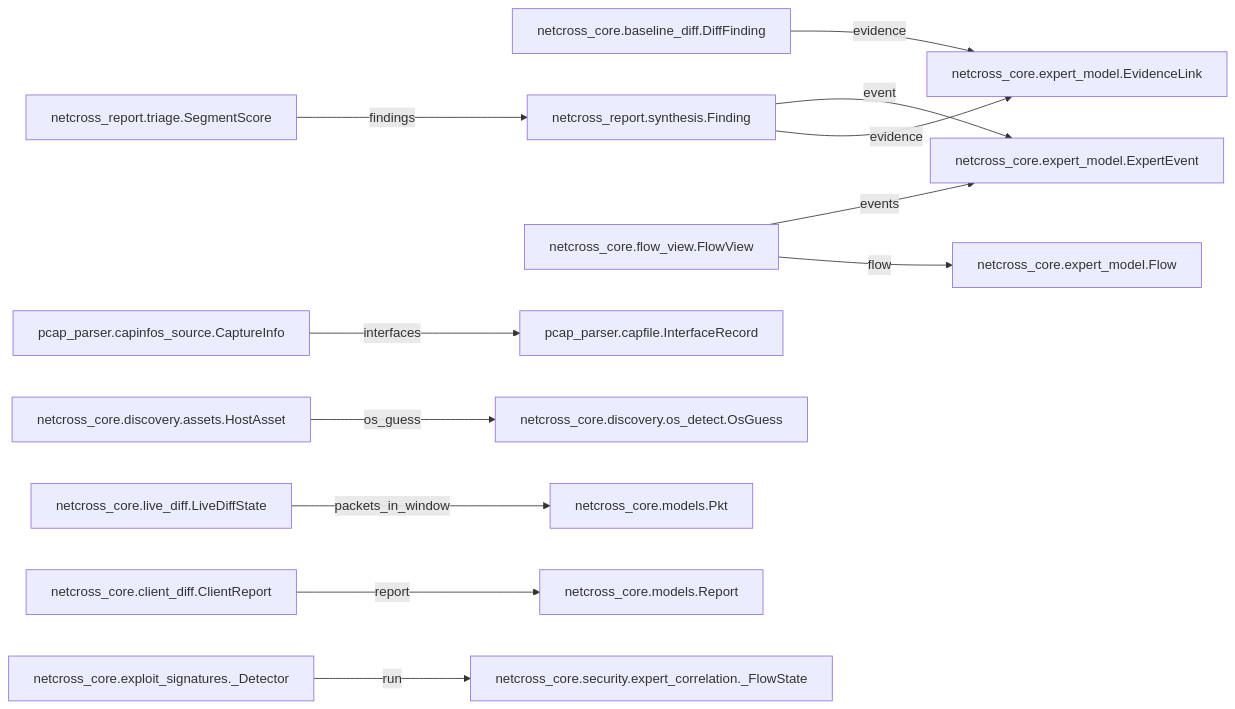
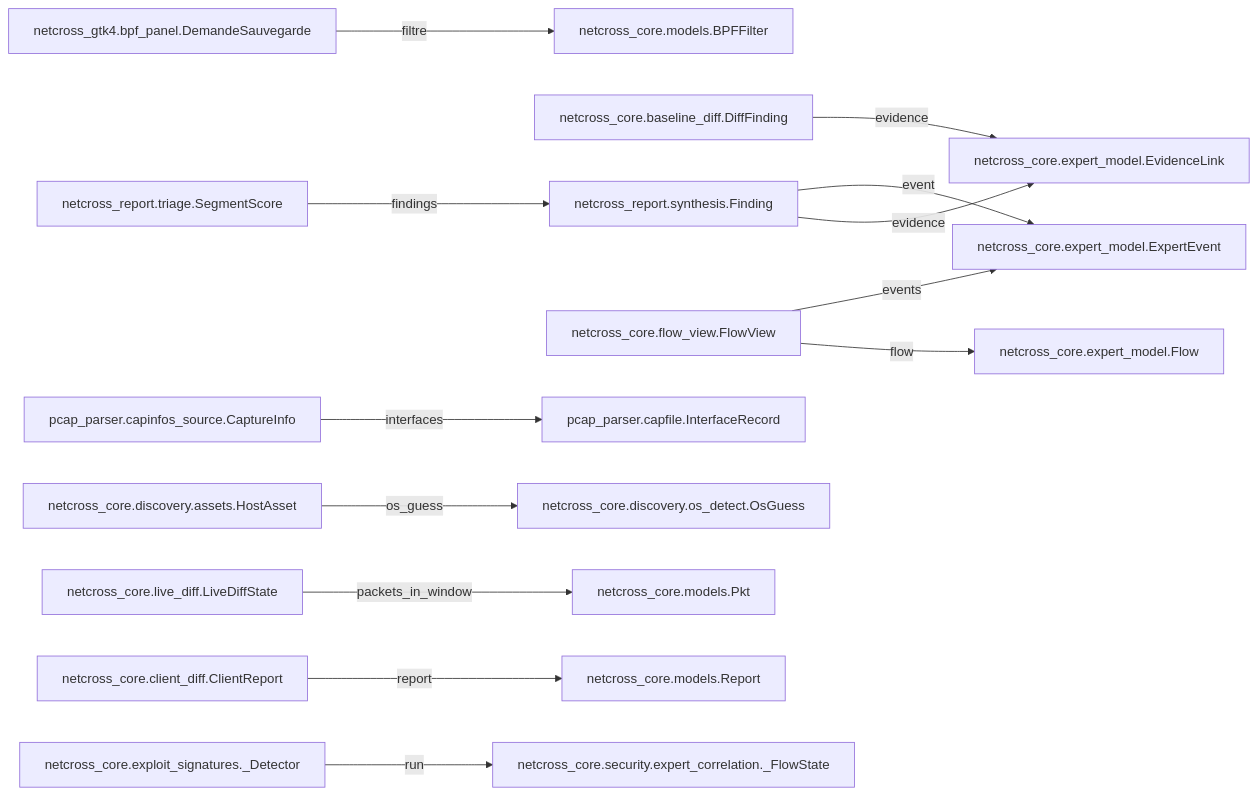
Before and after one commit to MathildeDec/Netcross: the second of 16 diagrams in docs/class-diagram.md, drawn with Mermaid. The commit also changed other lines of this file and 4 other files, not shown here.

````diff
--- a/docs/class-diagram.md
+++ b/docs/class-diagram.md
@@ -51,31 +51,34 @@
 ```mermaid
 flowchart LR
+    BPFFilter["netcross_core.models.BPFFilter"]
     CaptureInfo["pcap_parser.capinfos_source.CaptureInfo"]
     ClientReport["netcross_core.client_diff.ClientReport"]
+    DemandeSauvegarde["netcross_gtk4.bpf_panel.DemandeSauvegarde"]
     DiffFinding["netcross_core.baseline_diff.DiffFinding"]
     EvidenceLink["netcross_core.expert_model.EvidenceLink"]
     ExpertEvent["netcross_core.expert_model.ExpertEvent"]
     Finding["netcross_report.synthesis.Finding"]
     FlowView["netcross_core.flow_view.FlowView"]
     Flow["netcross_core.expert_model.Flow"]
     HostAsset["netcross_core.discovery.assets.HostAsset"]
     InterfaceRecord["pcap_parser.capfile.InterfaceRecord"]
     LiveDiffState["netcross_core.live_diff.LiveDiffState"]
     OsGuess["netcross_core.discovery.os_detect.OsGuess"]
     Pkt["netcross_core.models.Pkt"]
     Report["netcross_core.models.Report"]
     SegmentScore["netcross_report.triage.SegmentScore"]
     _Detector["netcross_core.exploit_signatures._Detector"]
     netcross_core_security_expert_correlation__FlowState["netcross_core.security.expert_correlation._FlowState"]
     CaptureInfo -->|interfaces| InterfaceRecord
     ClientReport -->|report| Report
+    DemandeSauvegarde -->|filtre| BPFFilter
     DiffFinding -->|evidence| EvidenceLink
     Finding -->|event| ExpertEvent
     Finding -->|evidence| EvidenceLink
     FlowView -->|events| ExpertEvent
     FlowView -->|flow| Flow
     HostAsset -->|os_guess| OsGuess
     LiveDiffState -->|packets_in_window| Pkt
     SegmentScore -->|findings| Finding
     _Detector -->|run| netcross_core_security_expert_correlation__FlowState
 ```
````
